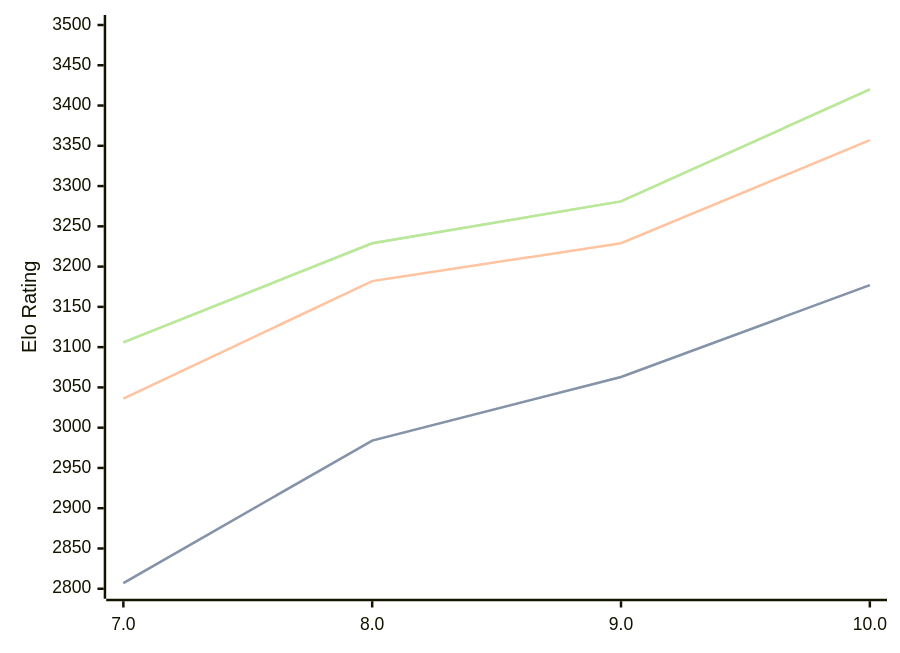
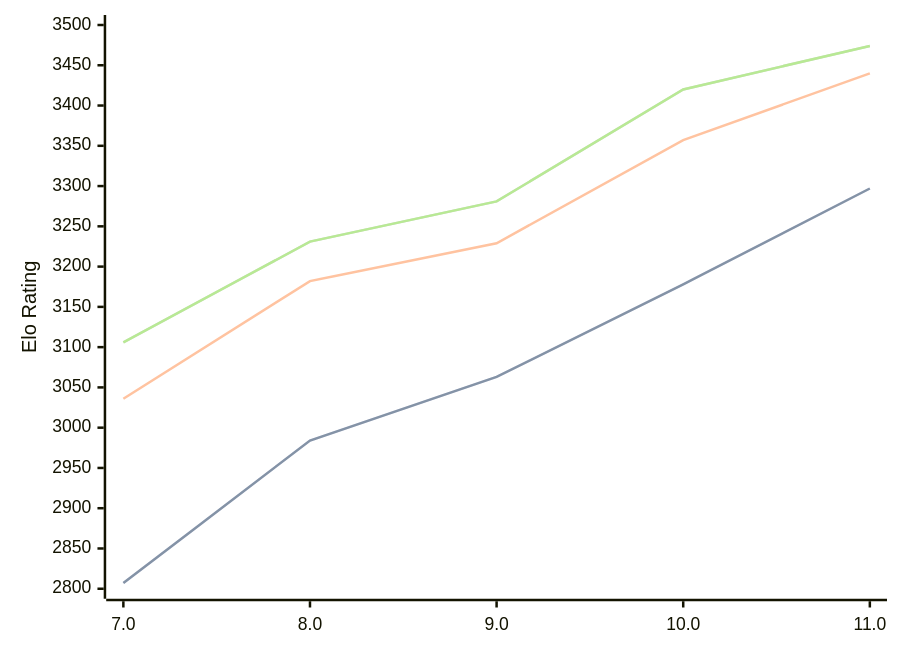
One commit to computer-chess-index/cci changed the diagram in engines/Tcheran.md. Above: the diagram before and after it, drawn with Mermaid. The commit also changed other lines of this file, not shown here.

Commit message:
Update CCI Ratings (ELO VLTC) - 2026-02-13

````diff
--- a/engines/Tcheran.md
+++ b/engines/Tcheran.md
@@ -46,11 +46,11 @@
 ```mermaid
 %%{init: {"theme":"base","themeVariables":{"seriesColors:['#a3a3a3','#222221','#faa371']}}}%%
 xychart-beta
-  x-axis ["7.0", "8.0", "9.0", "10.0"]
+  x-axis ["7.0", "8.0", "9.0", "10.0", "11.0"]
   y-axis "Elo Rating" 2800 --> 3500
-  line "STC (8.0+0.08s)" [2807, 2984, 3063, 3177]
-  line "STC (8.0+0.08s)" [2807, 2984, 3063, 3177]
-  line "LTC (60.0+0.60s)" [3036, 3182, 3229, 3357]
-  line "VLTC (2m24s+1.12s)" [3106, 3229, 3281, 3420]
-  line "VLTC (2m24s+1.12s)" [3106, 3229, 3281, 3420]
+  line "STC (8.0+0.08s)" [2807, 2984, 3063, 3178, 3297]
+  line "STC (8.0+0.08s)" [2807, 2984, 3063, 3178, 3297]
+  line "LTC (60.0+0.60s)" [3036, 3182, 3229, 3357, 3440]
+  line "VLTC (2m24s+1.12s)" [3106, 3231, 3281, 3420, 3474]
+  line "VLTC (2m24s+1.12s)" [3106, 3231, 3281, 3420, 3474]
 ```
````
